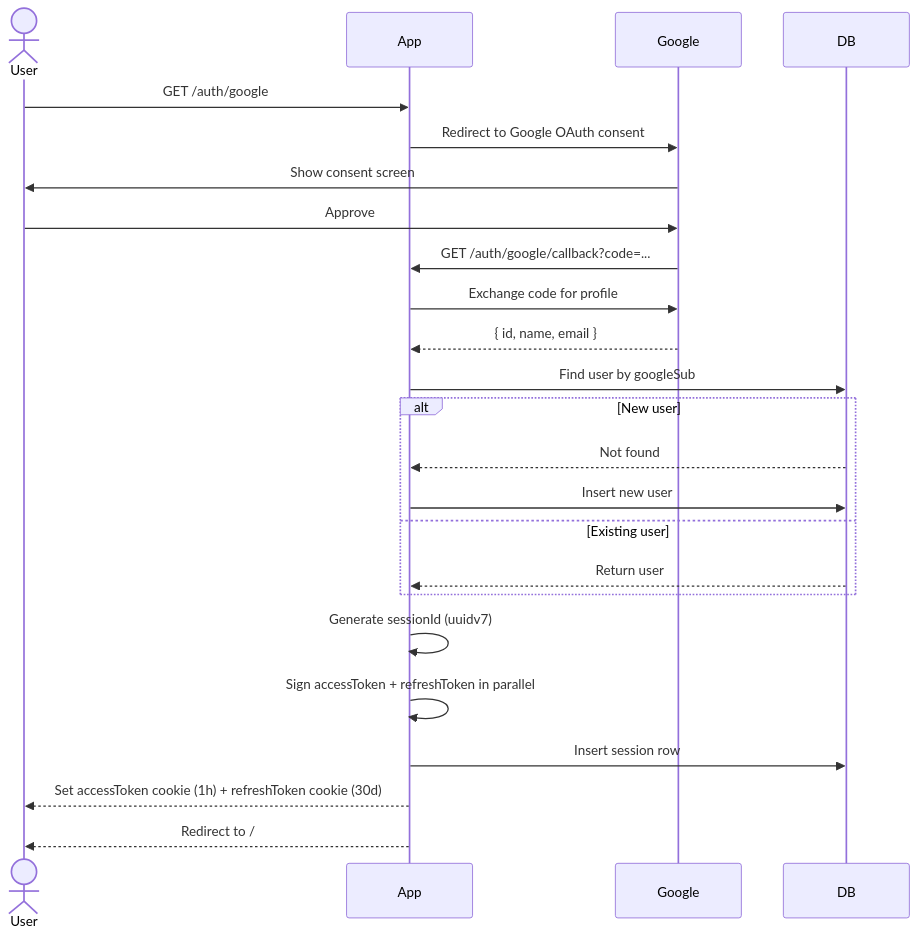
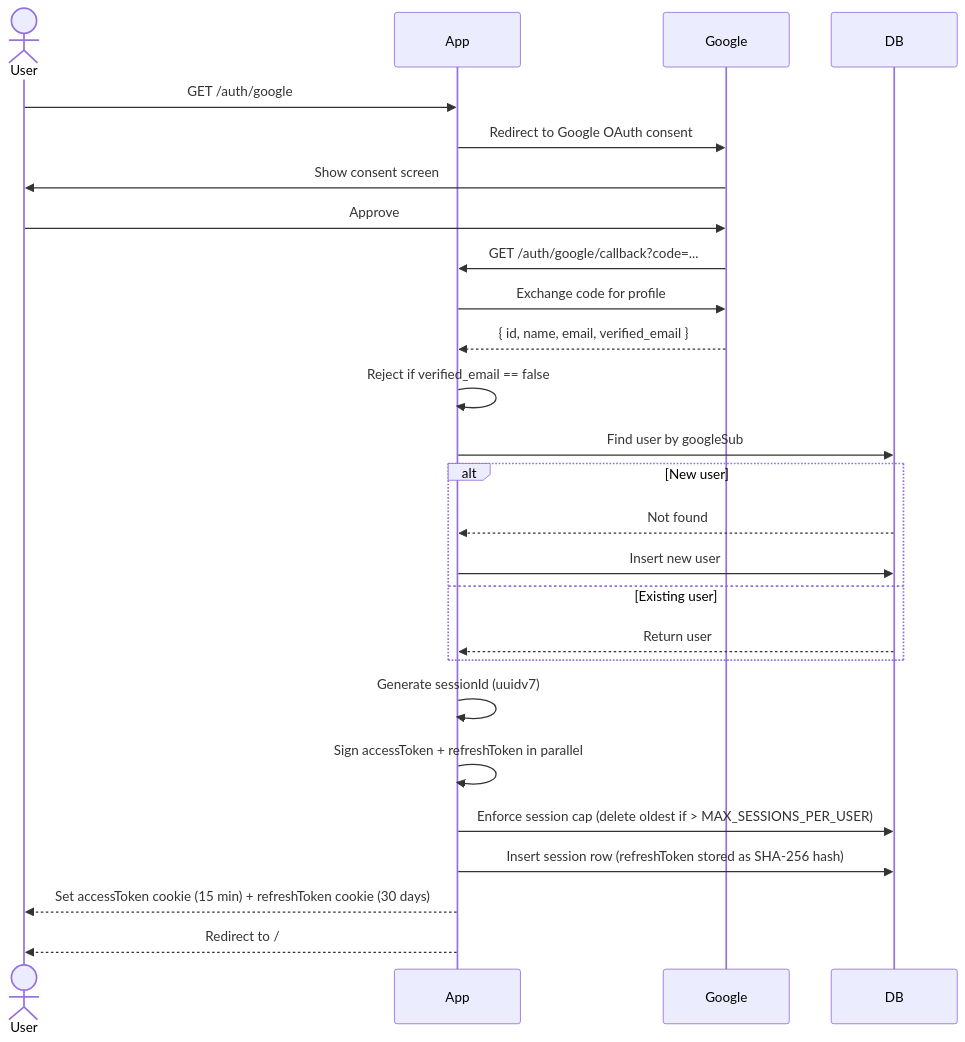
One commit to lokesh-7977/FindFlat changed the first of 6 diagrams in AUTH.md. Above: the diagram before and after it, drawn with Mermaid. The commit also changed other lines of this file, not shown here.

Commit message:
docs(auth): add new endpoints, session management flow, token hashing rationale and rate limit column

````diff
--- a/AUTH.md
+++ b/AUTH.md
@@ -20,27 +20,29 @@
 ```mermaid
 sequenceDiagram
     actor User
     participant App
     participant Google
     participant DB
 
     User->>App: GET /auth/google
     App->>Google: Redirect to Google OAuth consent
     Google->>User: Show consent screen
     User->>Google: Approve
     Google->>App: GET /auth/google/callback?code=...
     App->>Google: Exchange code for profile
-    Google-->>App: { id, name, email }
+    Google-->>App: { id, name, email, verified_email }
+    App->>App: Reject if verified_email == false
     App->>DB: Find user by googleSub
     alt New user
         DB-->>App: Not found
         App->>DB: Insert new user
     else Existing user
         DB-->>App: Return user
     end
     App->>App: Generate sessionId (uuidv7)
     App->>App: Sign accessToken + refreshToken in parallel
-    App->>DB: Insert session row
-    App-->>User: Set accessToken cookie (1h) + refreshToken cookie (30d)
+    App->>DB: Enforce session cap (delete oldest if > MAX_SESSIONS_PER_USER)
+    App->>DB: Insert session row (refreshToken stored as SHA-256 hash)
+    App-->>User: Set accessToken cookie (15 min) + refreshToken cookie (30 days)
     App-->>User: Redirect to /
 ```
````
